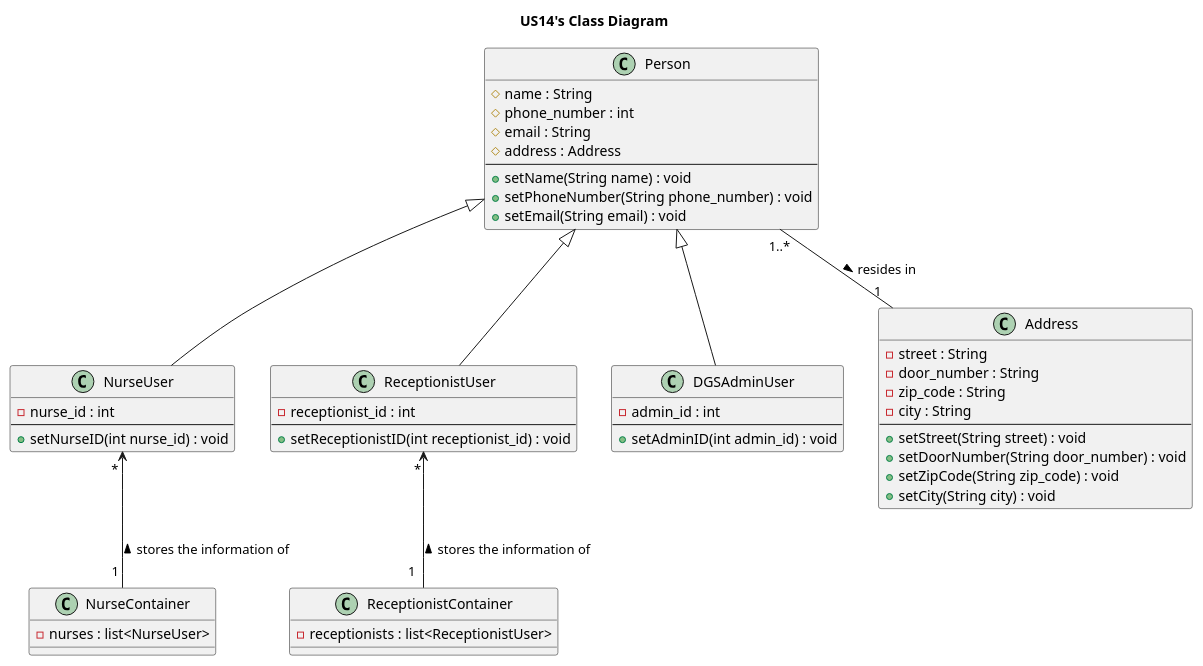
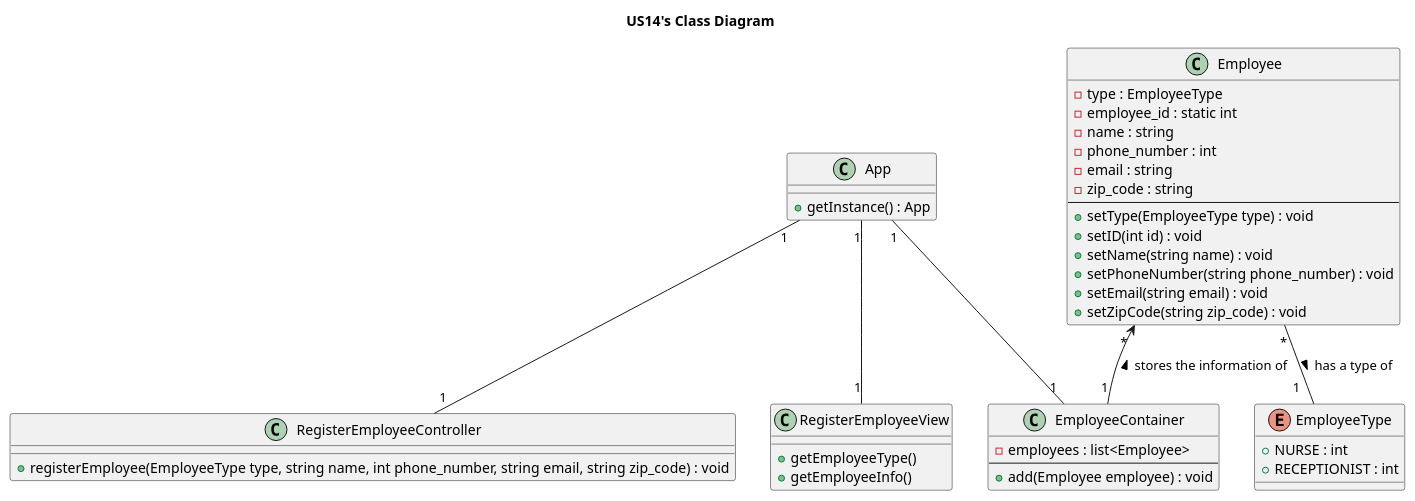
The diagram in docs/system-documentation/US14/puml/US14-CD.puml (pedroguilherme-web/leti-esoft-25-26-A1), drawn with PlantUML before and after one commit. The commit also changed 19 other files, not shown here.

```diff
--- a/docs/system-documentation/US14/puml/US14-CD.puml
+++ b/docs/system-documentation/US14/puml/US14-CD.puml
@@ -1,54 +1,50 @@
 @startuml
 'https://plantuml.com/class-diagram
 
 title US14's Class Diagram
 
-class Person {
-    # name : String
-    # phone_number : int
-    # email : String
-    # address : Address
-    ---
-    + setName(String name) : void
-    + setPhoneNumber(String phone_number) : void
-    + setEmail(String email) : void
-}
-class NurseUser extends Person {
-    - nurse_id : int
-    ---
-    + setNurseID(int nurse_id) : void
-}
-class ReceptionistUser extends Person {
-    - receptionist_id : int
-    ---
-    + setReceptionistID(int receptionist_id) : void
-}
-class DGSAdminUser extends Person {
-    - admin_id : int
-    ---
-    + setAdminID(int admin_id) : void
-}
-class Address {
-    - street : String
-    - door_number : String
-    - zip_code : String
-    - city : String
-    ---
-    + setStreet(String street) : void
-    + setDoorNumber(String door_number) : void
-    + setZipCode(String zip_code) : void
-    + setCity(String city) : void
-}
-class NurseContainer {
-    - nurses : list<NurseUser>
-}
-class ReceptionistContainer {
-    - receptionists : list<ReceptionistUser>
+class App {
+    + getInstance() : App
 }
 
-Person "1..*" -- "1"  Address: resides in >
-NurseUser "                 *" <-- "1 " NurseContainer: < stores the information of
-ReceptionistUser "         *" <-- "1  " ReceptionistContainer: stores the information of <
+enum EmployeeType {
+    + NURSE : int
+    + RECEPTIONIST : int
+}
+class Employee {
+    - type : EmployeeType
+    - employee_id : static int
+    - name : string
+    - phone_number : int
+    - email : string
+    - zip_code : string
+    ---
+    + setType(EmployeeType type) : void
+    + setID(int id) : void
+    + setName(string name) : void
+    + setPhoneNumber(string phone_number) : void
+    + setEmail(string email) : void
+    + setZipCode(string zip_code) : void
+}
+class EmployeeContainer {
+    - employees : list<Employee>
+    ---
+    + add(Employee employee) : void
+}
+class RegisterEmployeeView {
+    + getEmployeeType()
+    + getEmployeeInfo()
+}
+class RegisterEmployeeController {
+    + registerEmployee(EmployeeType type, string name, int phone_number, string email, string zip_code) : void
+}
+
+App "1" -- "1" RegisterEmployeeView
+App "1" -- "1" RegisterEmployeeController
+App "1" -- "1" EmployeeContainer
+Employee "*" -- "1   "  EmployeeType: has a type of >
+Employee "                               *" <-- "1" EmployeeContainer: < stores the information of
+
 
 
 @enduml
```
